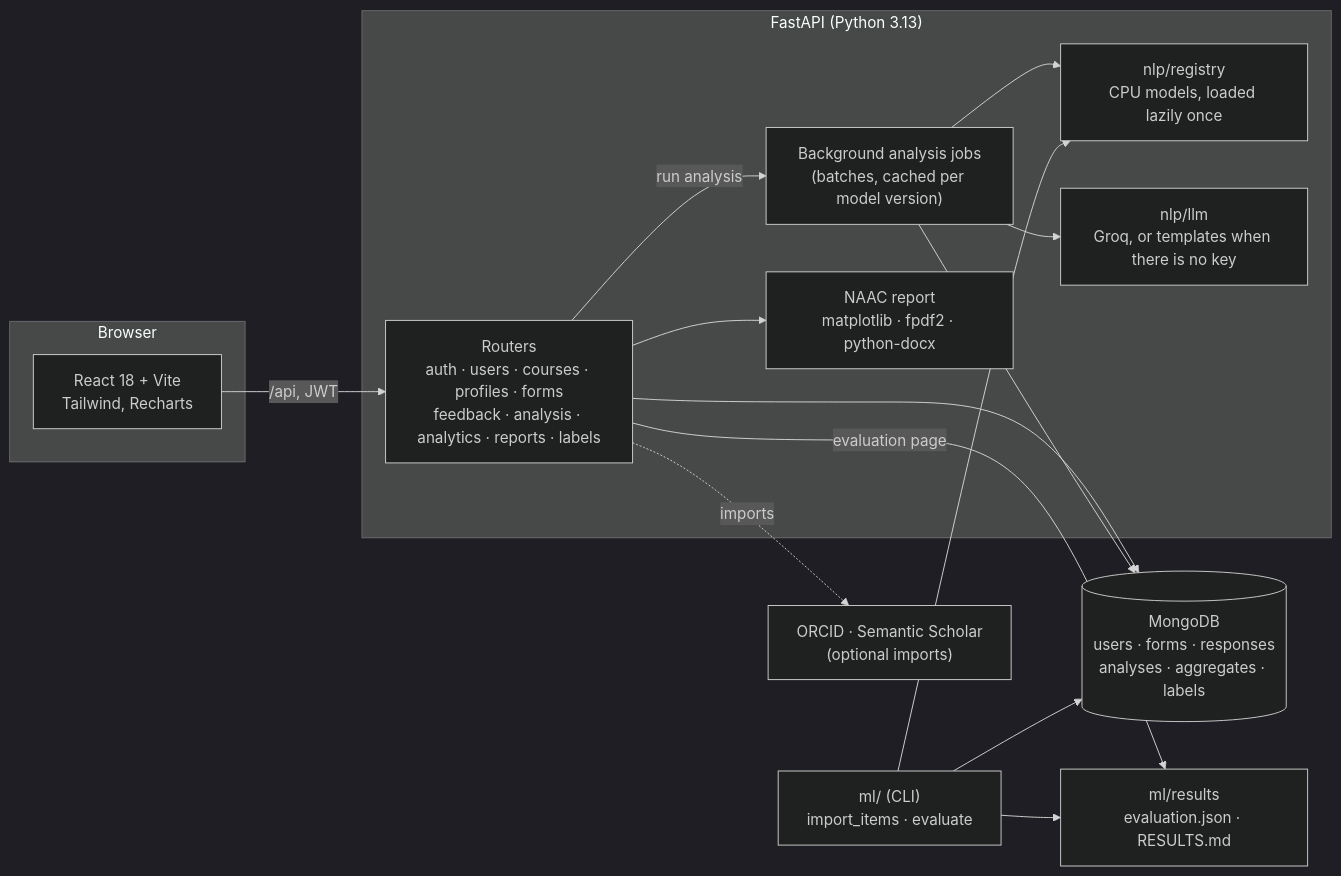
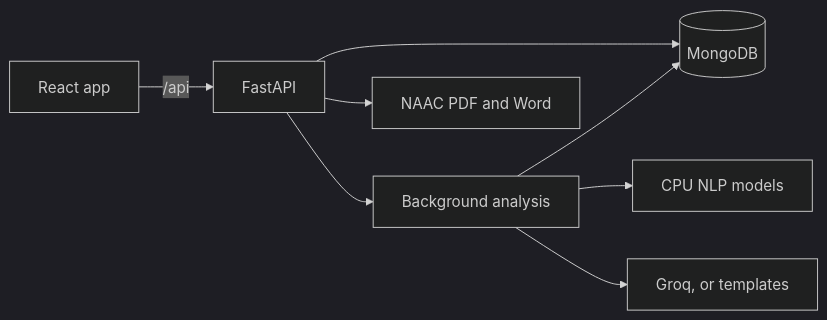
The diagram in README.md (varshithvardhan2006-09/facultylens), drawn with Mermaid (dark theme) before and after one commit. The commit also changed other lines of this file and 3 other files, not shown here.

````diff
--- a/README.md
+++ b/README.md
@@ -161,30 +104,10 @@
 ```mermaid
 flowchart LR
-  subgraph Browser
-    UI["React 18 + Vite<br/>Tailwind, Recharts"]
-  end
-  subgraph API["FastAPI (Python 3.13)"]
-    R["Routers<br/>auth · users · courses · profiles · forms<br/>feedback · analysis · analytics · reports · labels"]
-    J["Background analysis jobs<br/>(batches, cached per model version)"]
-    REG["nlp/registry<br/>CPU models, loaded lazily once"]
-    LLM["nlp/llm<br/>Groq, or templates when there is no key"]
-    REP["NAAC report<br/>matplotlib · fpdf2 · python-docx"]
-  end
-  DB[("MongoDB<br/>users · forms · responses<br/>analyses · aggregates · labels")]
-  EXT["ORCID · Semantic Scholar<br/>(optional imports)"]
-  ML["ml/ (CLI)<br/>import_items · evaluate"]
-  RES["ml/results<br/>evaluation.json · RESULTS.md"]
-
-  UI -- "/api, JWT" --> R
-  R --> DB
-  R -- "run analysis" --> J
-  J --> REG
-  J --> LLM
-  J --> DB
-  R --> REP
-  R -. imports .-> EXT
-  ML --> REG
-  ML --> DB
-  ML --> RES
-  R -- "evaluation page" --> RES
+  UI["React app"] -- "/api" --> API["FastAPI"]
+  API --> DB[("MongoDB")]
+  API --> JOBS["Background analysis"]
+  JOBS --> NLP["CPU NLP models"]
+  JOBS --> LLM["Groq, or templates"]
+  JOBS --> DB
+  API --> REPORT["NAAC PDF and Word"]
 ```
````
